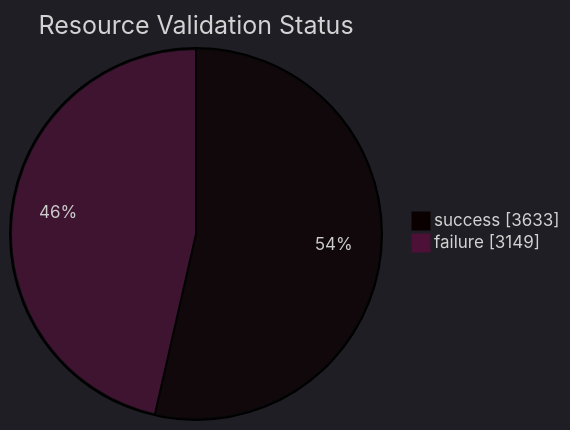
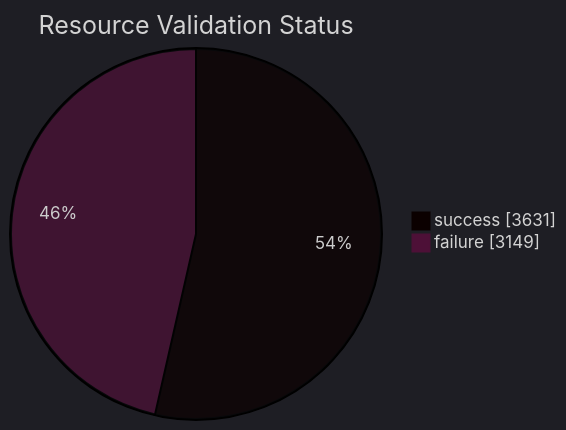
Before and after one commit to open-data/analytics-corporate-reporting: the first of 5 diagrams in datastore_tracker/README.md, drawn with Mermaid. The commit also changed other lines of this file and 8 other files, not shown here.

````diff
--- a/datastore_tracker/README.md
+++ b/datastore_tracker/README.md
@@ -20,9 +20,9 @@
 ```mermaid
 ---
 config:
   theme: dark
 ---
 pie showData title Resource Validation Status
-    "success": 3633
+    "success": 3631
     "failure": 3149
 ```
````
